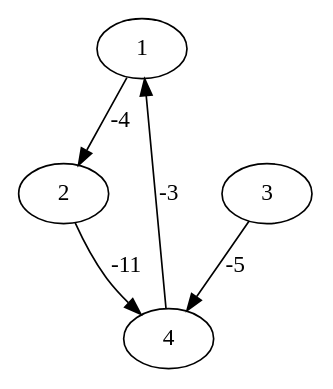
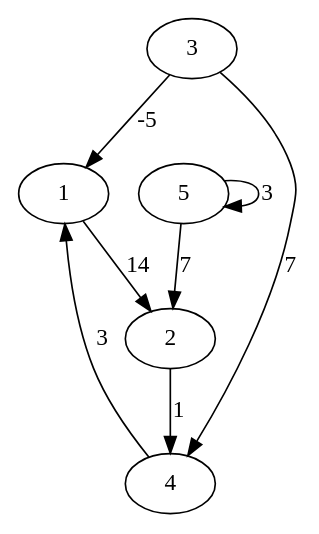
The diagram in reborn/example.dot (Nikitasobakabmx/CycleofNegativeCost), drawn with Graphviz before and after one commit. The commit also changed 6 other files, not shown here.

```diff
--- a/reborn/example.dot
+++ b/reborn/example.dot
@@ -1,6 +1,9 @@
 digraph g {
-    1 -> 2 [cost = -4 , label = "-4"]
-    3 -> 4 [cost = -5 , label = "-5"]
-    2 -> 4 [cost = -11 , label = "-11"]
-    4 -> 1 [cost = -3 , label = "-3"]
+    1 -> 2 [cost = 14 , label = "14"]
+    3 -> 4 [cost = 7 , label = "7"]
+    2 -> 4 [cost = 1 , label = "1"]
+    4 -> 1 [cost = 3 , label = "3"]
+    5 -> 2 [cost = 7 , label = "7"]
+    3 -> 1 [cost = -5 , label = "-5"]
+    5 -> 5 [cost = 3 , label = "3"]
 }
```
